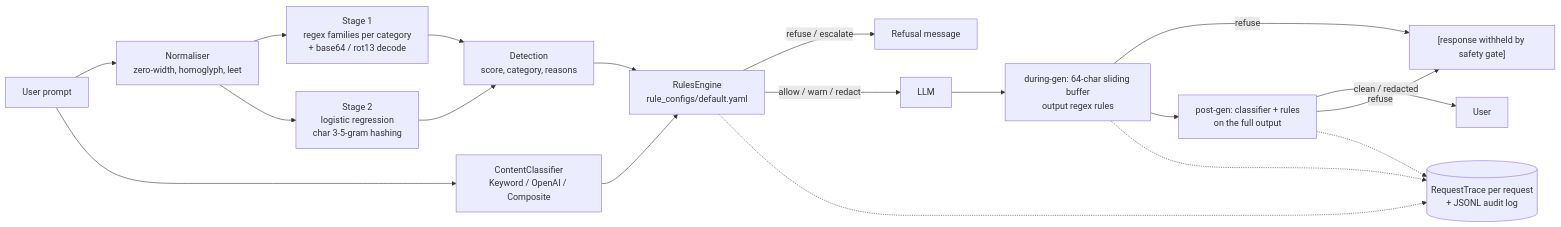
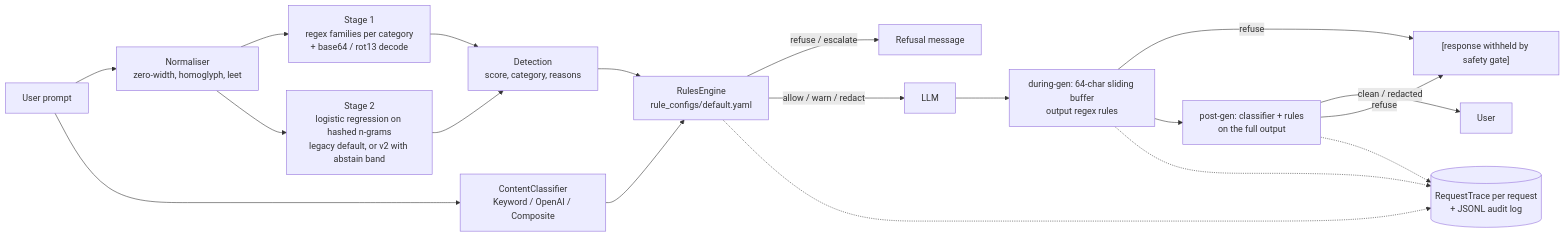
One commit to d41sys/safegate changed the diagram in README.md. Above: the diagram before and after it, drawn with Mermaid. The commit also changed other lines of this file, not shown here.

Commit message:
docs: stage-2 v2 diagnosis, dev grid and scenario results; legacy stays default

````diff
--- a/README.md
+++ b/README.md
@@ -21,21 +21,21 @@
 ```mermaid
 flowchart LR
     U[User prompt] --> N[Normaliser<br/>zero-width, homoglyph, leet]
     N --> S1[Stage 1<br/>regex families per category<br/>+ base64 / rot13 decode]
-    N --> S2[Stage 2<br/>logistic regression<br/>char 3-5-gram hashing]
+    N --> S2[Stage 2<br/>logistic regression on hashed n-grams<br/>legacy default, or v2 with abstain band]
     S1 --> D[Detection<br/>score, category, reasons]
     S2 --> D
     U --> C[ContentClassifier<br/>Keyword / OpenAI / Composite]
     D --> R[RulesEngine<br/>rule_configs/default.yaml]
     C --> R
     R -->|refuse / escalate| X[Refusal message]
     R -->|allow / warn / redact| L[LLM]
     L --> B[during-gen: 64-char sliding buffer<br/>output regex rules]
     B -->|refuse| W["[response withheld by safety gate]"]
     B --> P[post-gen: classifier + rules<br/>on the full output]
     P -->|clean / redacted| O[User]
     P -->|refuse| W
     R -.-> T[(RequestTrace per request<br/>+ JSONL audit log)]
     B -.-> T
     P -.-> T
 ```
````
